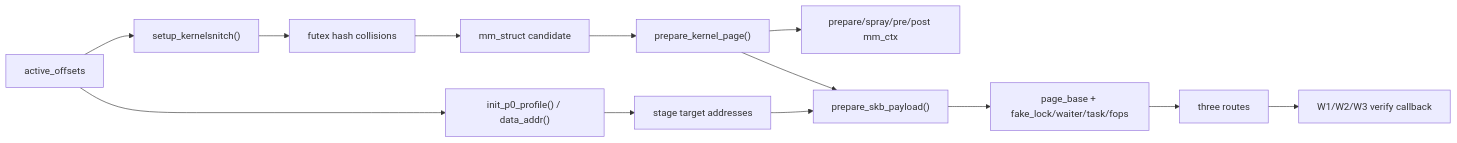
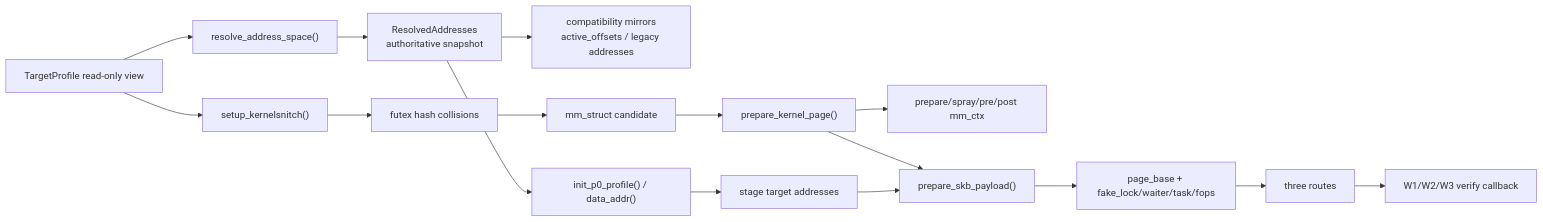
One commit to YuKongA/ghostlock-app changed the sixth of 7 diagrams in analysis/routes.md. Above: the diagram before and after it, drawn with Mermaid. The commit also changed other lines of this file and 3 other files, not shown here.

````diff
--- a/analysis/routes.md
+++ b/analysis/routes.md
@@ -154,15 +156,18 @@
 ```mermaid
 flowchart LR
-    O["active_offsets"] --> A["init_p0_profile() / data_addr()"]
-    A --> Targets["stage target addresses"]
-    O --> KS["setup_kernelsnitch()"]
+    P["TargetProfile read-only view"] --> A["resolve_address_space()"]
+    A --> O["ResolvedAddresses<br/>authoritative snapshot"]
+    O --> C["compatibility mirrors<br/>active_offsets / legacy addresses"]
+    O --> D["init_p0_profile() / data_addr()"]
+    D --> Targets["stage target addresses"]
+    P --> KS["setup_kernelsnitch()"]
     KS --> Coll["futex hash collisions"]
     Coll --> MM["mm_struct candidate"]
     MM --> Page["prepare_kernel_page()"]
     Page --> Ctx["prepare/spray/pre/post mm_ctx"]
     Page --> SKB["prepare_skb_payload()"]
     Targets --> SKB
     SKB --> Fake["page_base + fake_lock/waiter/task/fops"]
     Fake --> Routes["three routes"]
     Routes --> Verify["W1/W2/W3 verify callback"]
 ```
````
